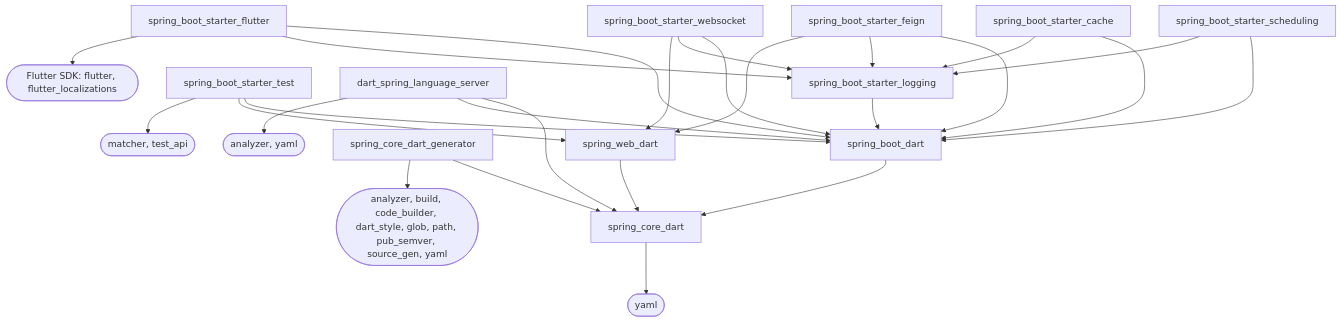
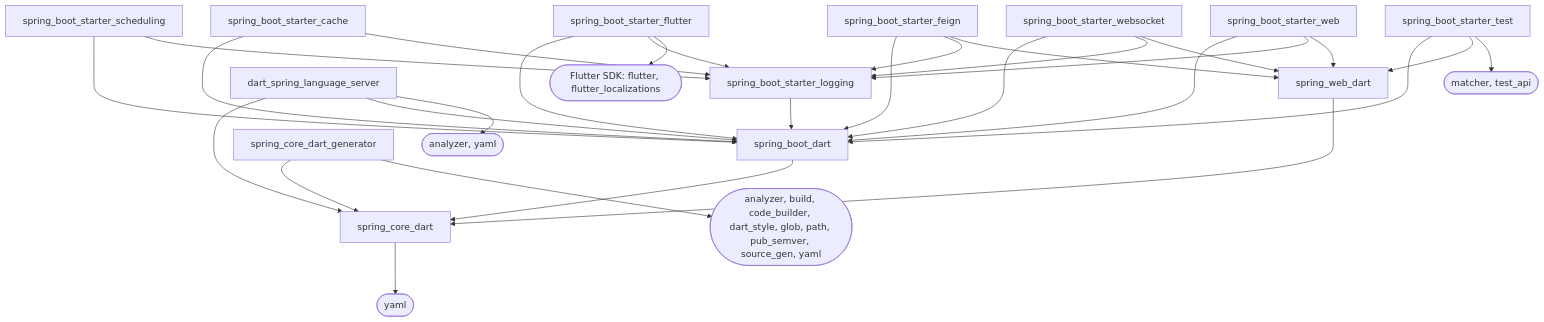
Before and after one commit to farum-azula/spring_core_dart: the diagram in docs/dependencies.md, drawn with Mermaid. The commit also changed other lines of this file and 134 other files, not shown here.

````diff
--- a/docs/dependencies.md
+++ b/docs/dependencies.md
@@ -138,47 +140,51 @@
 ```mermaid
 graph TD
   core[spring_core_dart]
   boot[spring_boot_dart]
   web[spring_web_dart]
   logging[spring_boot_starter_logging]
   scheduling[spring_boot_starter_scheduling]
   cache[spring_boot_starter_cache]
   feign[spring_boot_starter_feign]
   websocket[spring_boot_starter_websocket]
+  webStarter[spring_boot_starter_web]
   flutterStarter[spring_boot_starter_flutter]
   testStarter[spring_boot_starter_test]
   generator[spring_core_dart_generator]
   lsp[dart_spring_language_server]
 
   yaml([yaml])
   flutterSdk([Flutter SDK: flutter, flutter_localizations])
   testApi([matcher, test_api])
   codegen([analyzer, build, code_builder, dart_style, glob, path, pub_semver, source_gen, yaml])
   analyzer([analyzer, yaml])
 
   core --> yaml
   boot --> core
   web --> core
   logging --> boot
   scheduling --> boot
   scheduling --> logging
   cache --> boot
   cache --> logging
   feign --> boot
   feign --> logging
   feign --> web
   websocket --> boot
   websocket --> logging
   websocket --> web
+  webStarter --> boot
+  webStarter --> logging
+  webStarter --> web
   flutterStarter --> boot
   flutterStarter --> logging
   flutterStarter --> flutterSdk
   testStarter --> boot
   testStarter --> web
   testStarter --> testApi
   generator --> core
   generator --> codegen
   lsp --> core
   lsp --> boot
   lsp --> analyzer
 ```
````
